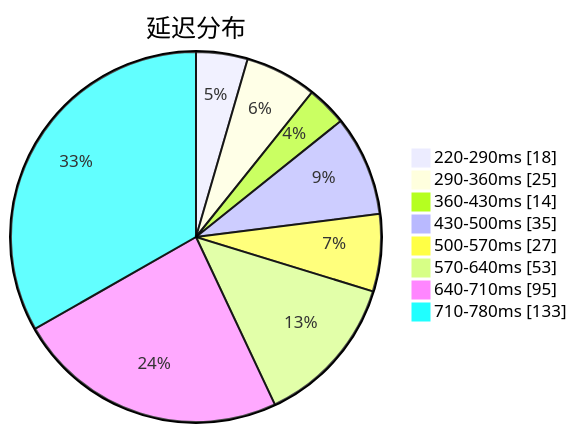
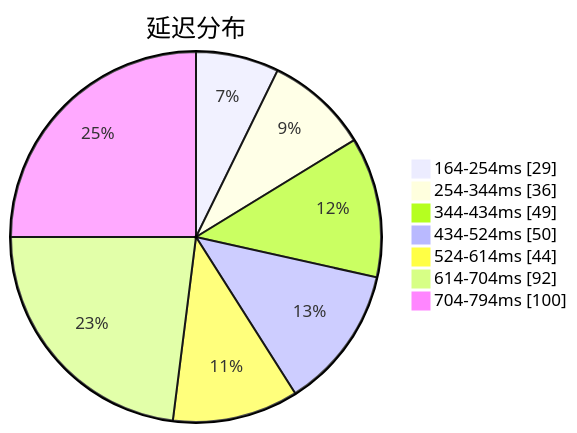
One commit to qjlxg/airport changed the first of 3 diagrams in subs/statistics/tested_within.md. Above: the diagram before and after it, drawn with Mermaid. The commit also changed other lines of this file and 2 other files, not shown here.

````diff
--- a/subs/statistics/tested_within.md
+++ b/subs/statistics/tested_within.md
@@ -2,12 +2,11 @@
 ```mermaid
 pie showData
 title 延迟分布
-"220-290ms" : 18
-"290-360ms" : 25
-"360-430ms" : 14
-"430-500ms" : 35
-"500-570ms" : 27
-"570-640ms" : 53
-"640-710ms" : 95
-"710-780ms" : 133
+"164-254ms" : 29
+"254-344ms" : 36
+"344-434ms" : 49
+"434-524ms" : 50
+"524-614ms" : 44
+"614-704ms" : 92
+"704-794ms" : 100
 ```
````
